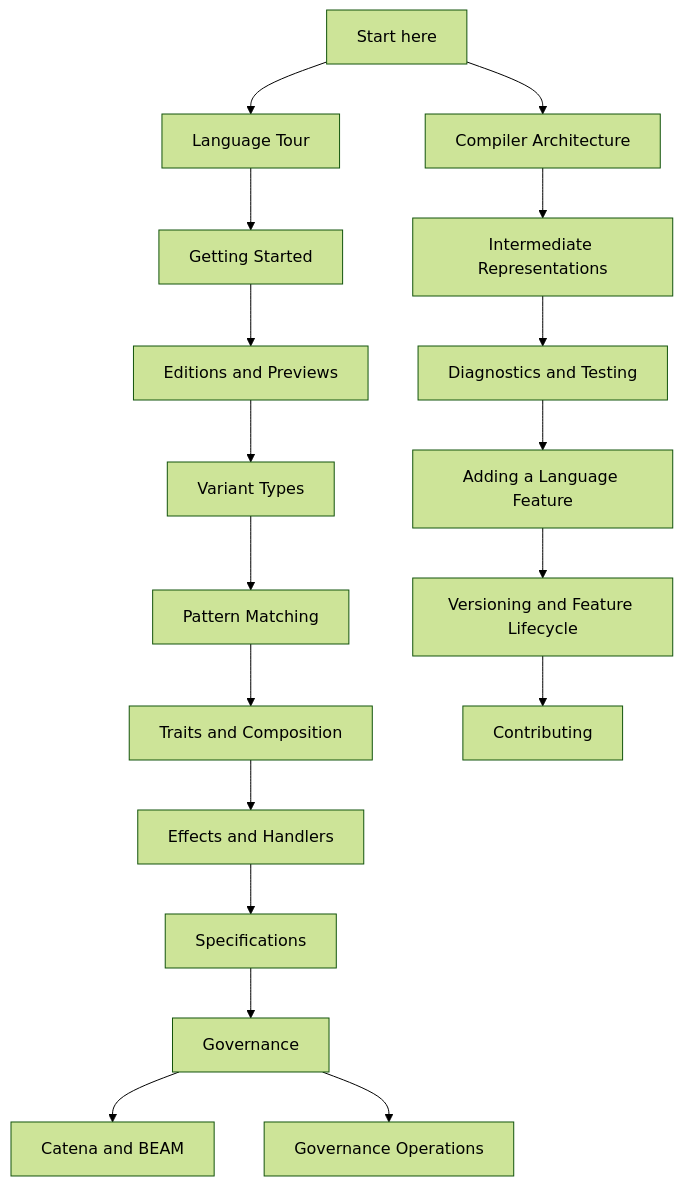
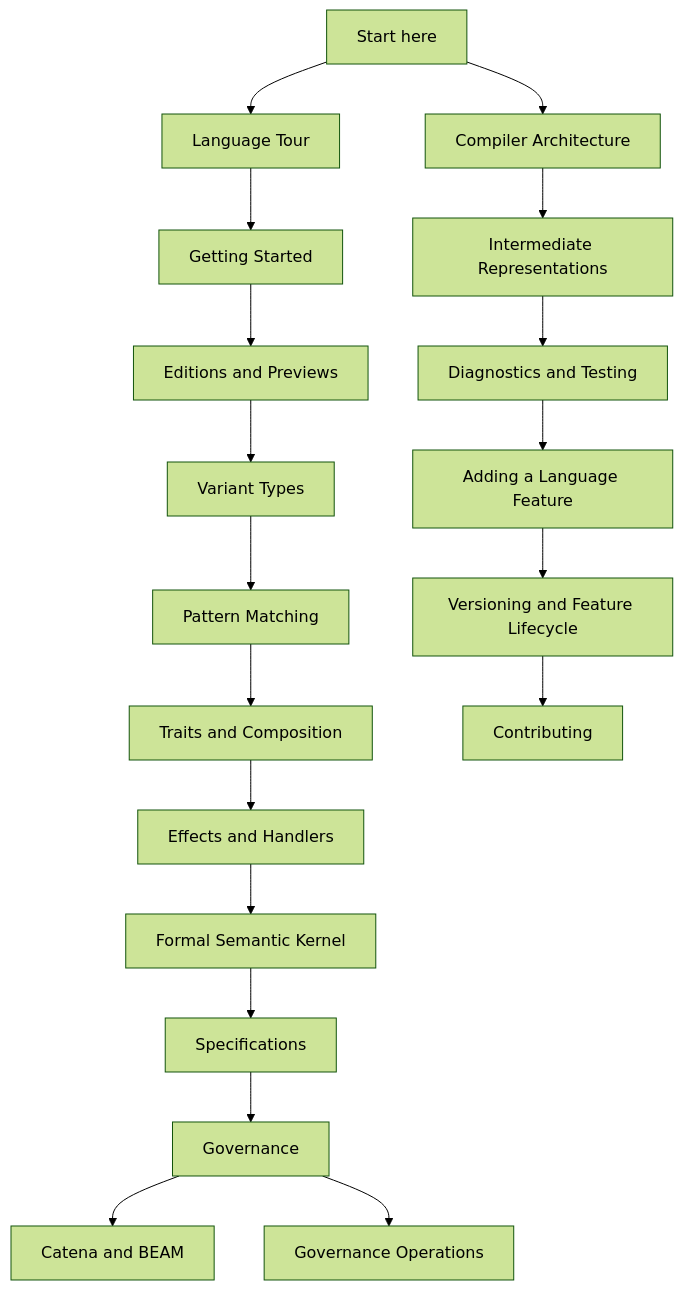
Before and after one commit to pcharbon70/catena: the diagram in guides/README.md, drawn with Mermaid (forest theme). The commit also changed other lines of this file and 35 other files, not shown here.

Commit message:
Add C010 formal semantic kernel

````diff
--- a/guides/README.md
+++ b/guides/README.md
@@ -21,22 +22,23 @@
 ```mermaid
 flowchart TD
     Start[Start here] --> Tour[Language Tour]
     Tour --> First[Getting Started]
     First --> Editions[Editions and Previews]
     Editions --> Data[Variant Types]
     Data --> Match[Pattern Matching]
     Match --> Traits[Traits and Composition]
     Traits --> Effects[Effects and Handlers]
-    Effects --> Specs[Specifications]
+    Effects --> Kernel[Formal Semantic Kernel]
+    Kernel --> Specs[Specifications]
     Specs --> Gov[Governance]
     Gov --> Beam[Catena and BEAM]
 
     Gov --> Ops[Governance Operations]
 
     Start --> Dev[Compiler Architecture]
     Dev --> IR[Intermediate Representations]
     IR --> Tests[Diagnostics and Testing]
     Tests --> Feature[Adding a Language Feature]
     Feature --> Lifecycle[Versioning and Feature Lifecycle]
     Lifecycle --> Contrib[Contributing]
 ```
````
